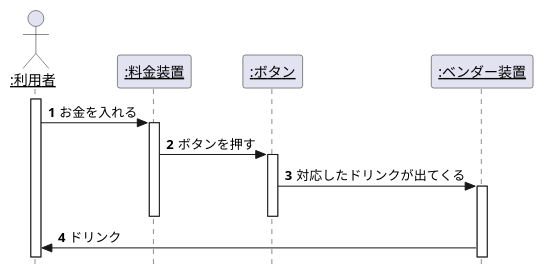
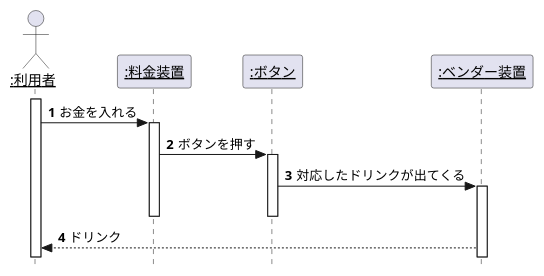
One commit to yoshiokaharuto/uml-introduction changed the diagram in 演習6-4-3_シーケンス図_自動販売機.pu. Above: the diagram before and after it, drawn with PlantUML.

Commit message:
演習6-4-3の作成

```diff
--- a/演習6-4-3_シーケンス図_自動販売機.pu
+++ b/演習6-4-3_シーケンス図_自動販売機.pu
@@ -1,21 +1,21 @@
 @startuml 演習6-4-3_シーケンス図_自動販売機
     hide footbox
     autonumber /'メッセージに自動で番号を降る '/
     skinparam style strictuml /' 厳密なUMLに準拠する '/
 
     actor "<u>:利用者</u>" as user
     participant "<u>:料金装置</u>" as fee
     participant "<u>:ボタン</u>" as button 
     participant "<u>:ベンダー装置</u>" as bender
 
     activate user
         user -> fee: お金を入れる
         activate fee
             fee -> button: ボタンを押す
             activate button
                 button -> bender: 対応したドリンクが出てくる
                 activate bender
             deactivate button 
         deactivate fee
-        bender -> user:ドリンク
+        bender --> user:ドリンク
 @enduml
```
